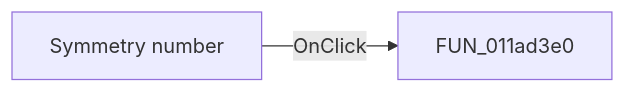
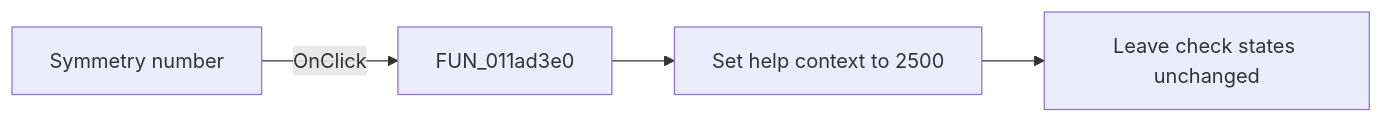
Before and after one commit to MovGP0/TIARA: the diagram in docs/ui-controls/tables-form/simmnumer-ed3dfc7495.md, drawn with Mermaid. The commit also changed other lines of this file and 387 other files, not shown here.

````diff
--- a/docs/ui-controls/tables-form/simmnumer-ed3dfc7495.md
+++ b/docs/ui-controls/tables-form/simmnumer-ed3dfc7495.md
@@ -27,4 +27,6 @@
 ```mermaid
 flowchart LR
     control["Symmetry number"] -->|OnClick| handler["FUN_011ad3e0"]
+    handler --> topic["Set help context to 2500"]
+    topic --> done["Leave check states unchanged"]
 ```
````
